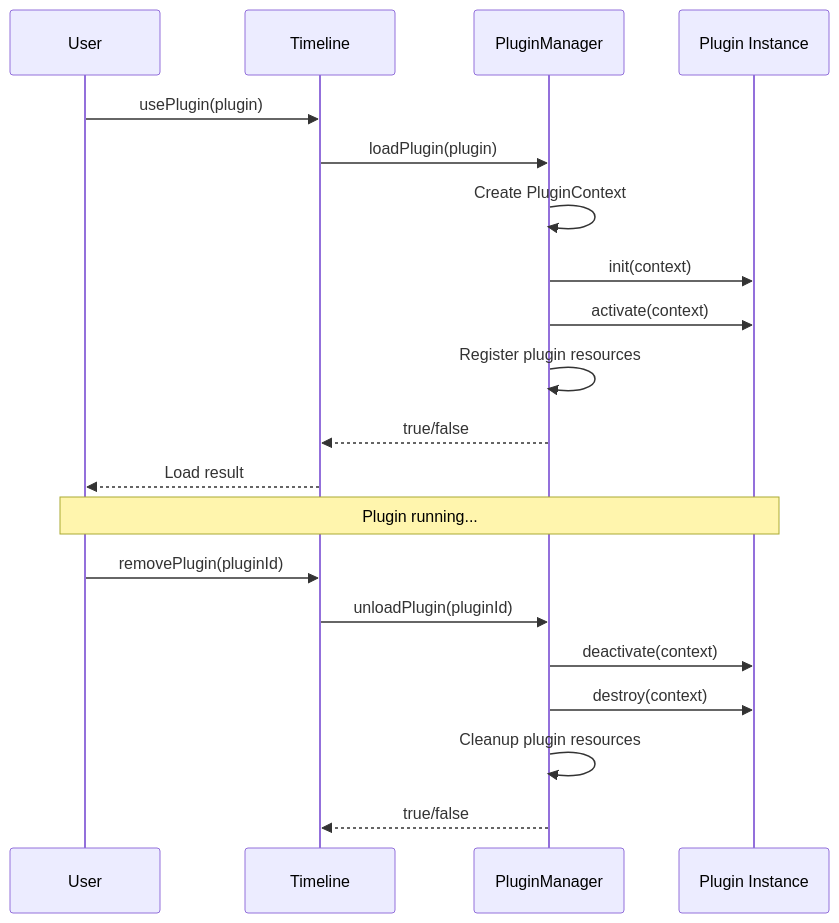
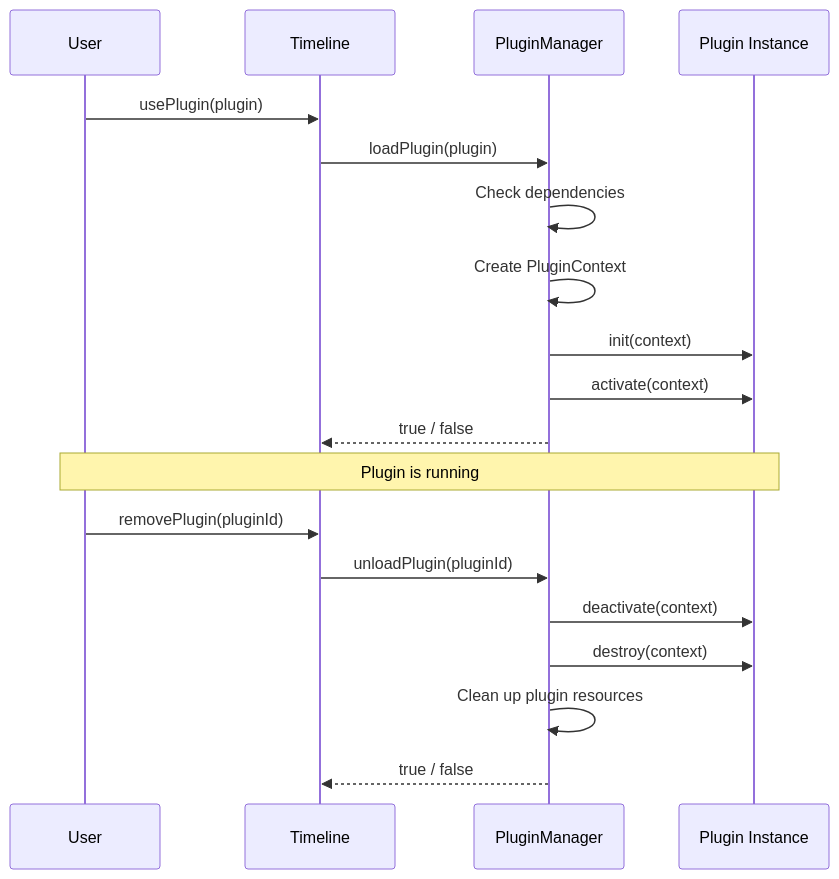
Before and after one commit to umbrella22/timeline-canvas: the diagram in docs/en/plugins/plugin-development/api.md, drawn with Mermaid. The commit also changed other lines of this file and 50 other files, not shown here.

````diff
--- a/docs/en/plugins/plugin-development/api.md
+++ b/docs/en/plugins/plugin-development/api.md
@@ -5,27 +5,24 @@
 ```mermaid
 sequenceDiagram
     participant User as User
     participant Timeline as Timeline
     participant PM as PluginManager
     participant Plugin as Plugin Instance
 
     User->>Timeline: usePlugin(plugin)
     Timeline->>PM: loadPlugin(plugin)
-
+    PM->>PM: Check dependencies
     PM->>PM: Create PluginContext
     PM->>Plugin: init(context)
     PM->>Plugin: activate(context)
-    PM->>PM: Register plugin resources
+    PM-->>Timeline: true / false
 
-    PM-->>Timeline: true/false
-    Timeline-->>User: Load result
-
-    Note over User,Plugin: Plugin running...
+    Note over User,Plugin: Plugin is running
 
     User->>Timeline: removePlugin(pluginId)
     Timeline->>PM: unloadPlugin(pluginId)
     PM->>Plugin: deactivate(context)
     PM->>Plugin: destroy(context)
-    PM->>PM: Cleanup plugin resources
-    PM-->>Timeline: true/false
+    PM->>PM: Clean up plugin resources
+    PM-->>Timeline: true / false
 ```
````
